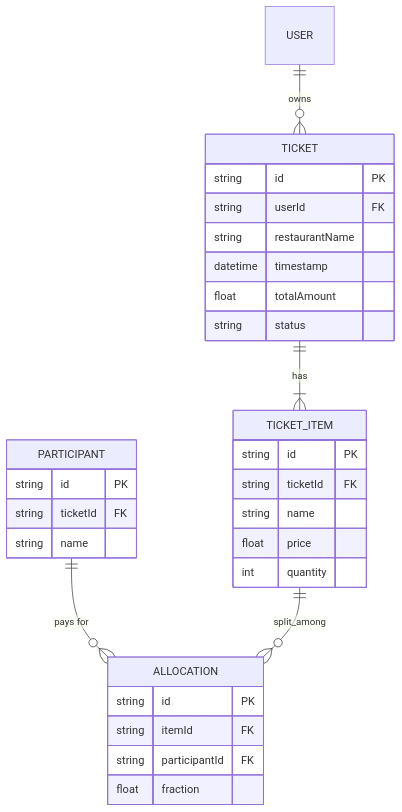
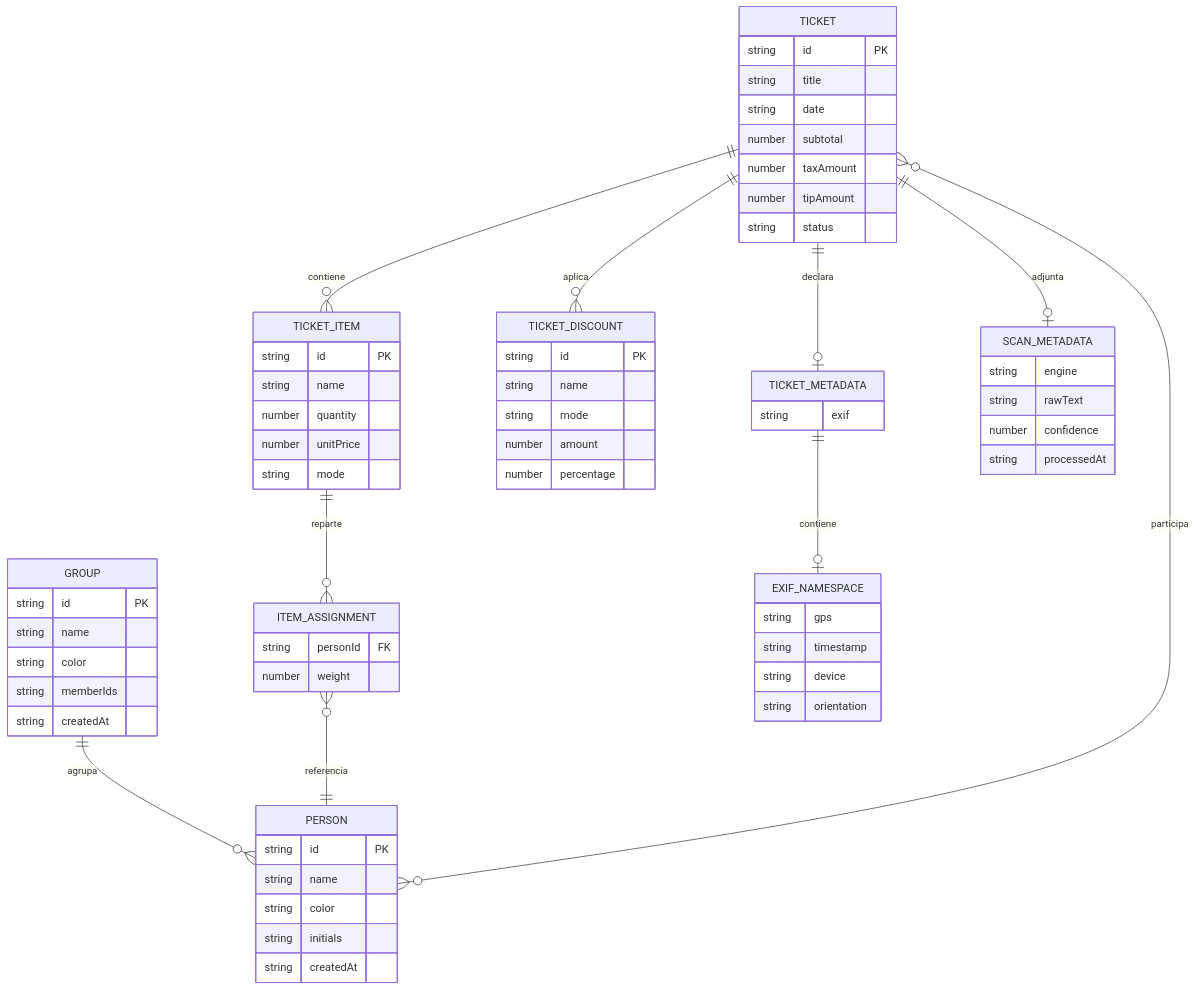
The second of 2 diagrams in readme.md (bytelovers/AI4Devs-finalproject), drawn with Mermaid before and after one commit. The commit also changed other lines of this file and 2 other files, not shown here.

````diff
--- a/readme.md
+++ b/readme.md
@@ -122,33 +287,69 @@
 ```mermaid
 erDiagram
-    USER ||--o{ TICKET : owns
-    TICKET ||--|{ TICKET_ITEM : has
+    GROUP ||--o{ PERSON : "agrupa"
+    TICKET ||--o{ TICKET_ITEM : "contiene"
+    TICKET ||--o{ TICKET_DISCOUNT : "aplica"
+    TICKET_ITEM ||--o{ ITEM_ASSIGNMENT : "reparte"
+    ITEM_ASSIGNMENT }o--|| PERSON : "referencia"
+    TICKET }o--o{ PERSON : "participa"
+    TICKET ||--o| TICKET_METADATA : "declara"
+    TICKET_METADATA ||--o| EXIF_NAMESPACE : "contiene"
+    TICKET ||--o| SCAN_METADATA : "adjunta"
+
+    PERSON {
+        string id PK
+        string name
+        string color
+        string initials
+        string createdAt
+    }
+    GROUP {
+        string id PK
+        string name
+        string color
+        string memberIds
+        string createdAt
+    }
     TICKET {
         string id PK
-        string userId FK
-        string restaurantName
-        datetime timestamp
-        float totalAmount
+        string title
+        string date
+        number subtotal
+        number taxAmount
+        number tipAmount
         string status
     }
     TICKET_ITEM {
         string id PK
-        string ticketId FK
         string name
-        float price
-        int quantity
+        number quantity
+        number unitPrice
+        string mode
     }
-    PARTICIPANT ||--o{ ALLOCATION : "pays for"
-    TICKET_ITEM ||--o{ ALLOCATION : split_among
-    PARTICIPANT {
+    ITEM_ASSIGNMENT {
+        string personId FK
+        number weight
+    }
+    TICKET_DISCOUNT {
         string id PK
-        string ticketId FK
         string name
+        string mode
+        number amount
+        number percentage
     }
-    ALLOCATION {
-        string id PK
-        string itemId FK
-        string participantId FK
-        float fraction
+    TICKET_METADATA {
+        string exif
+    }
+    EXIF_NAMESPACE {
+        string gps
+        string timestamp
+        string device
+        string orientation
+    }
+    SCAN_METADATA {
+        string engine
+        string rawText
+        number confidence
+        string processedAt
     }
 ```
````
